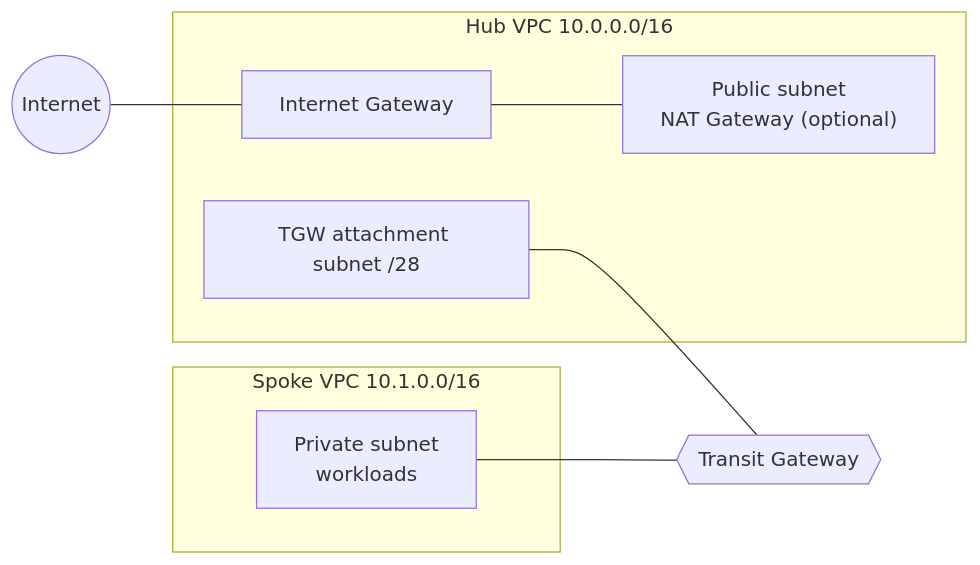
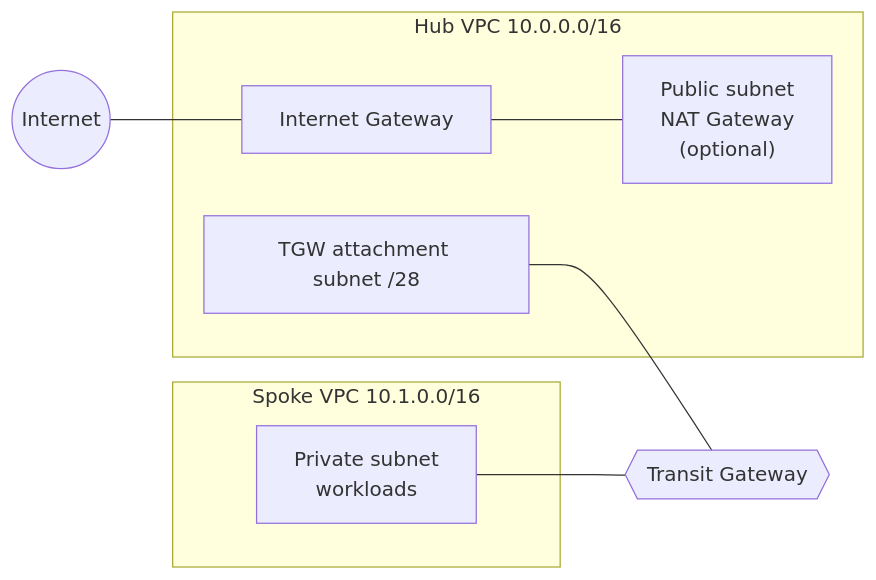
The diagram in README.md (samartinezcuello/enterprise-cloud-network-automation), drawn with Mermaid before and after one commit. The commit also changed 9 other files, not shown here.

````diff
--- a/README.md
+++ b/README.md
@@ -9,17 +9,17 @@
 ```mermaid
 flowchart LR
-    Internet((Internet)) --- IGW[Internet Gateway]
+    Internet((Internet)) --- IGW[Internet Gateway ]
 
     subgraph HUB["Hub VPC 10.0.0.0/16"]
-        IGW --- PUB["Public subnet<br/>NAT Gateway (optional)"]
+        IGW --- PUB["Public subnet<br/>NAT Gateway<br/>(optional)"]
         TGWSN["TGW attachment subnet /28"]
     end
 
     subgraph SPOKE["Spoke VPC 10.1.0.0/16"]
         PRIV["Private subnet<br/>workloads"]
     end
 
     TGW{{Transit Gateway}}
     TGWSN --- TGW
     PRIV --- TGW
 ```
````
